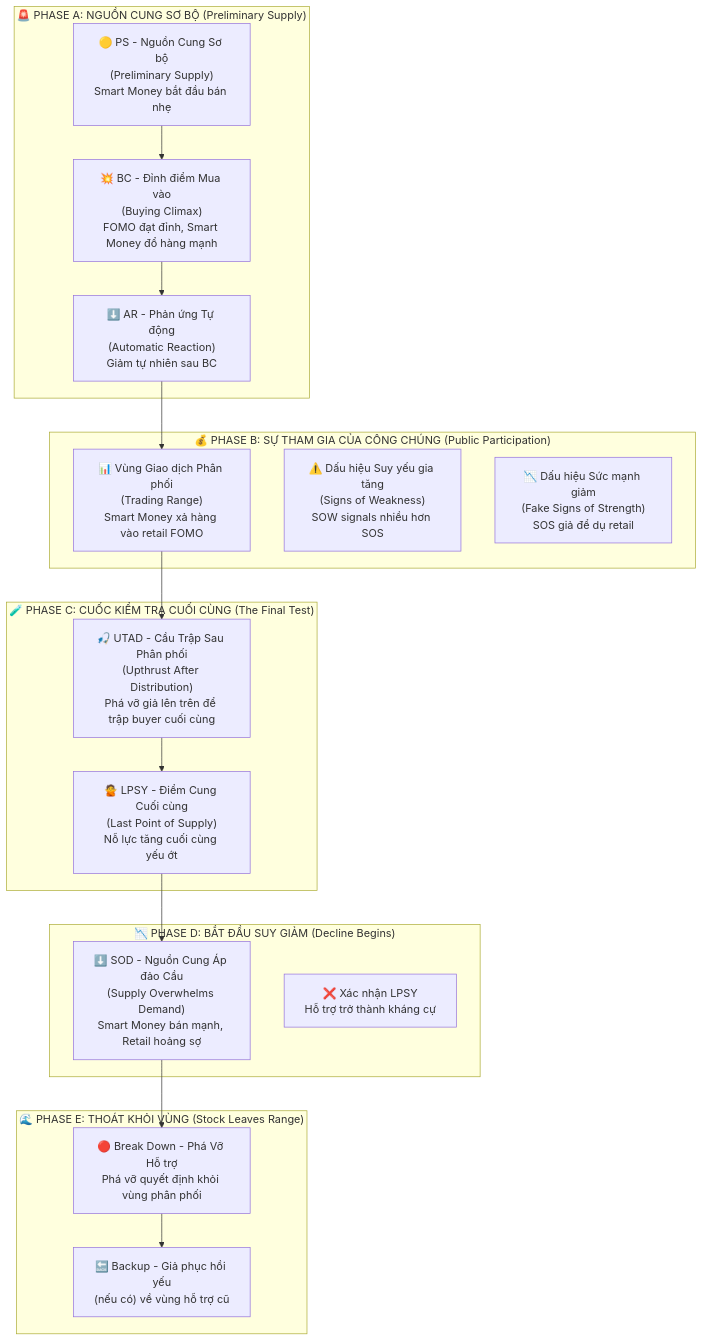
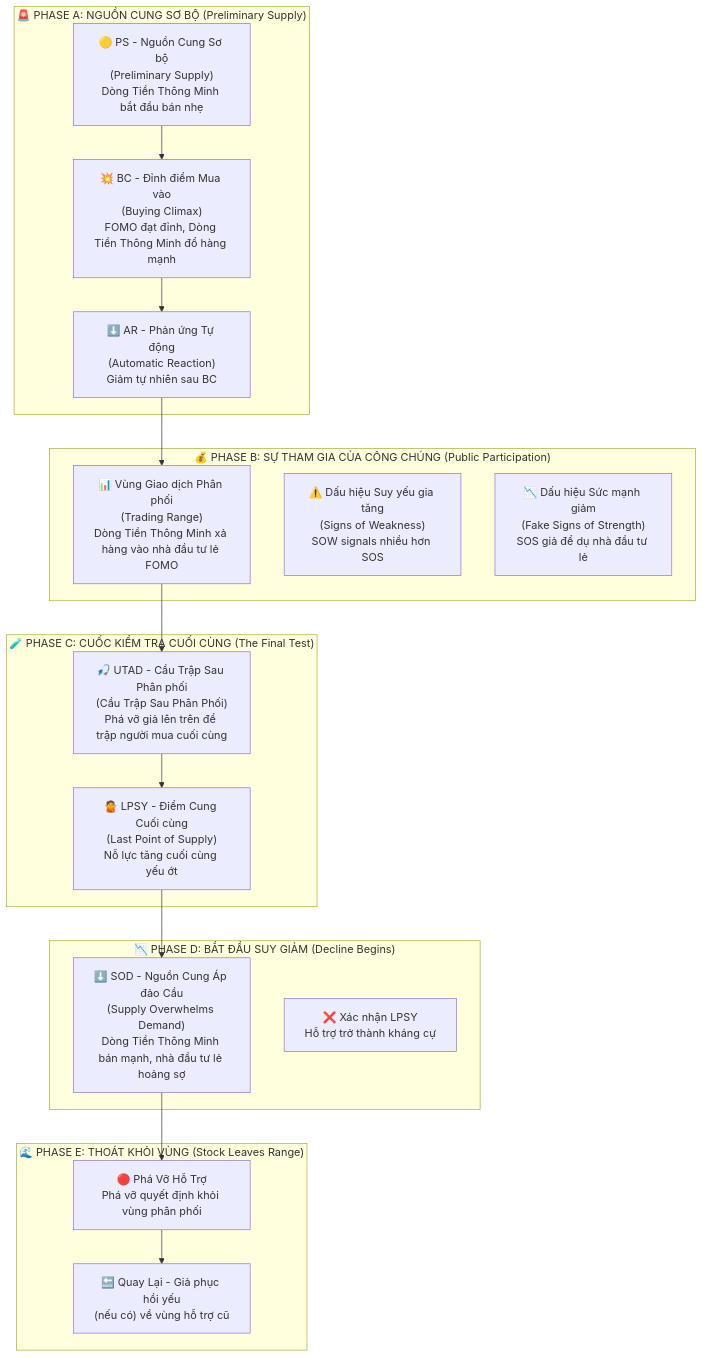
One commit to quanhua92/aipriceaction-old changed the diagram in docs/tutorials/chapter-2-2-distribution-phases.md. Above: the diagram before and after it, drawn with Mermaid. The commit also changed other lines of this file and 13 other files, not shown here.

````diff
--- a/docs/tutorials/chapter-2-2-distribution-phases.md
+++ b/docs/tutorials/chapter-2-2-distribution-phases.md
@@ -19,33 +19,33 @@
 ```mermaid
 flowchart TD
     subgraph "🚨 PHASE A: NGUỒN CUNG SƠ BỘ (Preliminary Supply)"
-        PS["🟡 PS - Nguồn Cung Sơ bộ<br/>(Preliminary Supply)<br/>Smart Money bắt đầu bán nhẹ"]
-        BC["💥 BC - Đỉnh điểm Mua vào<br/>(Buying Climax)<br/>FOMO đạt đỉnh, Smart Money đổ hàng mạnh"]
+        PS["🟡 PS - Nguồn Cung Sơ bộ<br/>(Preliminary Supply)<br/>Dòng Tiền Thông Minh bắt đầu bán nhẹ"]
+        BC["💥 BC - Đỉnh điểm Mua vào<br/>(Buying Climax)<br/>FOMO đạt đỉnh, Dòng Tiền Thông Minh đổ hàng mạnh"]
         AR["⬇️ AR - Phản ứng Tự động<br/>(Automatic Reaction)<br/>Giảm tự nhiên sau BC"]
     end
     
     subgraph "💰 PHASE B: SỰ THAM GIA CỦA CÔNG CHÚNG (Public Participation)"
-        TR["📊 Vùng Giao dịch Phân phối<br/>(Trading Range)<br/>Smart Money xả hàng vào retail FOMO"]
+        TR["📊 Vùng Giao dịch Phân phối<br/>(Trading Range)<br/>Dòng Tiền Thông Minh xả hàng vào nhà đầu tư lẻ FOMO"]
         SOW["⚠️ Dấu hiệu Suy yếu gia tăng<br/>(Signs of Weakness)<br/>SOW signals nhiều hơn SOS"]
-        SOS["📉 Dấu hiệu Sức mạnh giảm<br/>(Fake Signs of Strength)<br/>SOS giả để dụ retail"]
+        SOS["📉 Dấu hiệu Sức mạnh giảm<br/>(Fake Signs of Strength)<br/>SOS giả để dụ nhà đầu tư lẻ"]
     end
     
     subgraph "🧪 PHASE C: CUỐC KIỂM TRA CUỐI CÙNG (The Final Test)"
-        UTAD["🎣 UTAD - Cầu Trập Sau Phân phối<br/>(Upthrust After Distribution)<br/>Phá vỡ giả lên trên để trập buyer cuối cùng"]
+        UTAD["🎣 UTAD - Cầu Trập Sau Phân phối<br/>(Cầu Trập Sau Phân Phối)<br/>Phá vỡ giả lên trên để trập người mua cuối cùng"]
         LPSY["🙅 LPSY - Điểm Cung Cuối cùng<br/>(Last Point of Supply)<br/>Nỗ lực tăng cuối cùng yếu ớt"]
     end
     
     subgraph "📉 PHASE D: BẮT ĐẦU SUY GIẢM (Decline Begins)"
-        SOD["⬇️ SOD - Nguồn Cung Áp đảo Cầu<br/>(Supply Overwhelms Demand)<br/>Smart Money bán mạnh, Retail hoảng sợ"]
+        SOD["⬇️ SOD - Nguồn Cung Áp đảo Cầu<br/>(Supply Overwhelms Demand)<br/>Dòng Tiền Thông Minh bán mạnh, nhà đầu tư lẻ hoảng sợ"]
         LPSY2["❌ Xác nhận LPSY<br/>Hỗ trợ trở thành kháng cự"]
     end
     
     subgraph "🌊 PHASE E: THOÁT KHỎI VÙNG (Stock Leaves Range)"
-        BRK["🔴 Break Down - Phá Vỡ Hỗ trợ<br/>Phá vỡ quyết định khỏi vùng phân phối"]
-        BU["🔙 Backup - Giả phục hồi yếu<br/>(nếu có) về vùng hỗ trợ cũ"]
+        BRK["🔴 Phá Vỡ Hỗ Trợ<br/>Phá vỡ quyết định khỏi vùng phân phối"]
+        BU["🔙 Quay Lại - Giả phục hồi yếu<br/>(nếu có) về vùng hỗ trợ cũ"]
     end
     
     PS --> BC --> AR
     AR --> TR --> UTAD --> LPSY
     LPSY --> SOD --> BRK --> BU
 ```
````
